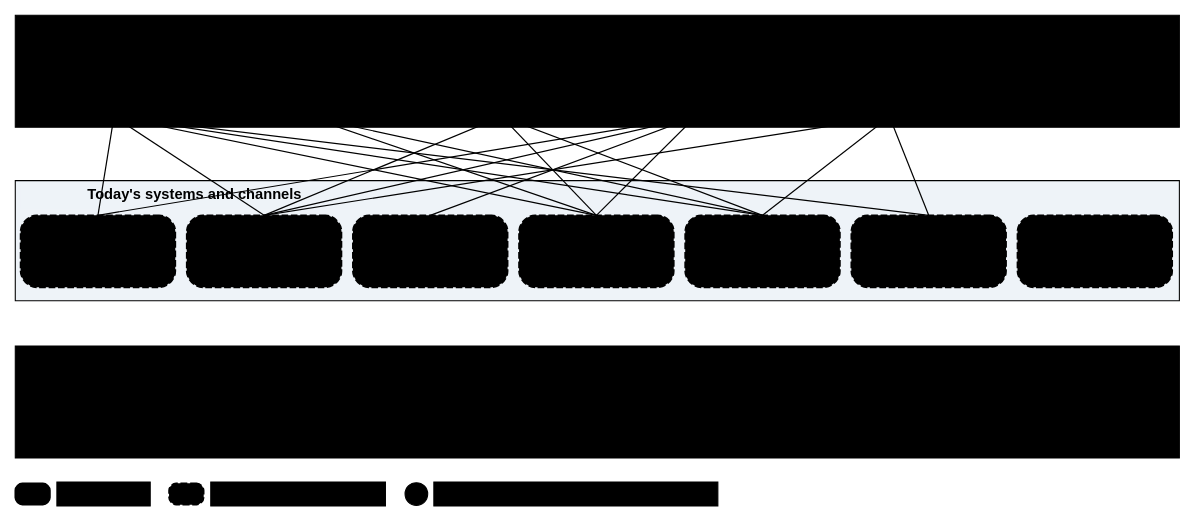
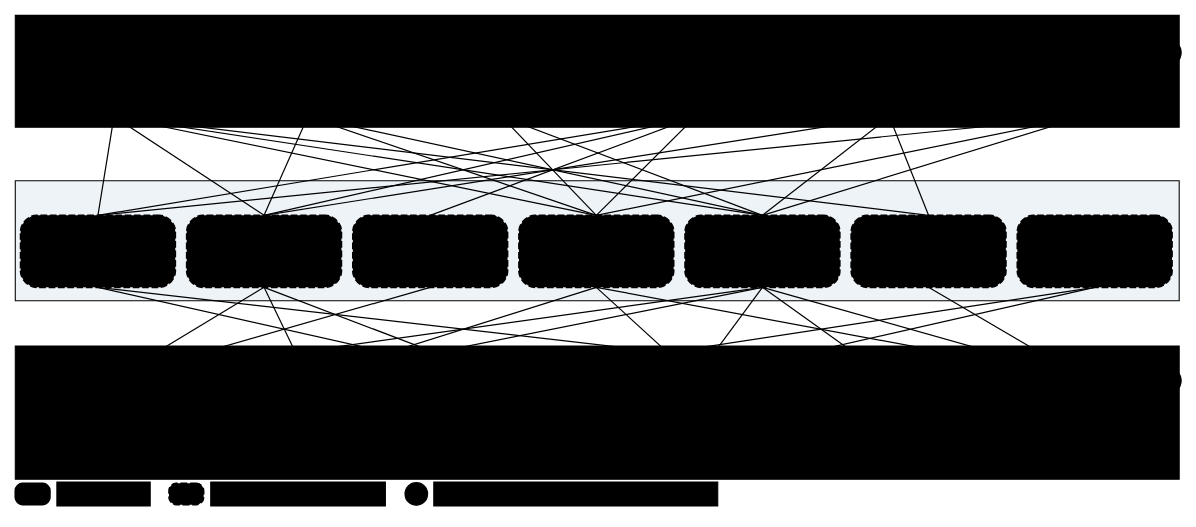
One commit to IortaTexhNXT-DEV/FinVerse changed the diagram in docs/deliverables/src/decks/figures/holistic_asis_map.dot. Above: the diagram before and after it, drawn with Graphviz. The commit also changed 42 other files, not shown here.

```diff
--- a/docs/deliverables/src/decks/figures/holistic_asis_map.dot
+++ b/docs/deliverables/src/decks/figures/holistic_asis_map.dot
@@ -10,19 +10,32 @@
   r1 [pos="436.5,330.0!", shape=box, style="filled", fillcolor="@WHITE", color="@BORDER", penwidth=0.8, width=12.125, height=1.167, fixedsize=true, margin="0.03,0.02", label=""];
   r2 [pos="104.0,360.0!", shape=box, style="filled", fillcolor="@WHITE", color="@WHITE", penwidth=0.8, width=2.778, height=0.250, fixedsize=true, margin="0.03,0.02", label=<<font point-size="11.5" color="@HEADER_BLUE"><b>Business areas 1-6</b></font>>];
   r3 [pos="436.5,203.0!", shape=box, style="filled", fillcolor="#EEF3F8", color="@BORDER", penwidth=0.8, width=12.125, height=1.250, fixedsize=true, margin="0.03,0.02", label=""];
-  r4 [pos="134.0,236.0!", shape=box, style="filled", fillcolor="#EEF3F8", color="#EEF3F8", penwidth=0.8, width=3.611, height=0.250, fixedsize=true, margin="0.03,0.02", label=<<font point-size="11.5" color="@HEADER_BLUE"><b>Today's systems and channels</b></font>>];
-  r5 [pos="436.5,82.0!", shape=box, style="filled", fillcolor="@WHITE", color="@BORDER", penwidth=0.8, width=12.125, height=1.167, fixedsize=true, margin="0.03,0.02", label=""];
-  r6 [pos="104.0,112.0!", shape=box, style="filled", fillcolor="@WHITE", color="@WHITE", penwidth=0.8, width=2.778, height=0.250, fixedsize=true, margin="0.03,0.02", label=<<font point-size="11.5" color="@HEADER_BLUE"><b>Business areas 7-12</b></font>>];
+  r4 [pos="436.5,74.0!", shape=box, style="filled", fillcolor="@WHITE", color="@BORDER", penwidth=0.8, width=12.125, height=1.389, fixedsize=true, margin="0.03,0.02", label=""];
+  r5 [pos="104.0,36.0!", shape=box, style="filled", fillcolor="@WHITE", color="@WHITE", penwidth=0.8, width=2.778, height=0.250, fixedsize=true, margin="0.03,0.02", label=<<font point-size="11.5" color="@HEADER_BLUE"><b>Business areas 7-12</b></font>>];
   nb [pos="74.0,321.0!", shape=box, style="rounded,filled", fillcolor="@WHITE", color="@HEADER_BLUE", penwidth=1.3, width=1.889, height=0.694, fixedsize=true, margin="0.03,0.02", label=<<font point-size="12" color="@NEAR_BLACK">1  New Business</font>>];
-  m7 [pos="138.0,344.0!", shape=circle, style=filled, fillcolor="@YELLOW", color="@NEAR_BLACK", penwidth=0.8, width=0.264, height=0.264, fixedsize=true, label=<<font point-size="11" color="@NEAR_BLACK"><b>9</b></font>>];
-  pm [pos="219.4,321.0!", shape=box, style="rounded,filled", fillcolor="@WHITE", color="@HEADER_BLUE", penwidth=1.3, width=1.889, height=0.694, fixedsize=true, margin="0.03,0.02", label=<<font point-size="12" color="@NEAR_BLACK">3  Product<br/>Maintenance</font>>];
-  m8 [pos="283.4,344.0!", shape=circle, style=filled, fillcolor="@YELLOW", color="@NEAR_BLACK", penwidth=0.8, width=0.264, height=0.264, fixedsize=true, label=<<font point-size="11" color="@NEAR_BLACK"><b>8</b></font>>];
-  ops [pos="364.8,321.0!", shape=box, style="rounded,filled", fillcolor="@WHITE", color="@HEADER_BLUE", penwidth=1.3, width=1.889, height=0.694, fixedsize=true, margin="0.03,0.02", label=<<font point-size="12" color="@NEAR_BLACK">2  Operations</font>>];
-  m9 [pos="428.8,344.0!", shape=circle, style=filled, fillcolor="@YELLOW", color="@NEAR_BLACK", penwidth=0.8, width=0.264, height=0.264, fixedsize=true, label=<<font point-size="11" color="@NEAR_BLACK"><b>6</b></font>>];
+  m6 [pos="138.0,344.0!", shape=circle, style=filled, fillcolor="@YELLOW", color="@NEAR_BLACK", penwidth=0.8, width=0.264, height=0.264, fixedsize=true, label=<<font point-size="11" color="@NEAR_BLACK"><b>9</b></font>>];
+  ops [pos="219.4,321.0!", shape=box, style="rounded,filled", fillcolor="@WHITE", color="@HEADER_BLUE", penwidth=1.3, width=1.889, height=0.694, fixedsize=true, margin="0.03,0.02", label=<<font point-size="12" color="@NEAR_BLACK">2  Operations</font>>];
+  m7 [pos="283.4,344.0!", shape=circle, style=filled, fillcolor="@YELLOW", color="@NEAR_BLACK", penwidth=0.8, width=0.264, height=0.264, fixedsize=true, label=<<font point-size="11" color="@NEAR_BLACK"><b>6</b></font>>];
+  pm [pos="364.8,321.0!", shape=box, style="rounded,filled", fillcolor="@WHITE", color="@HEADER_BLUE", penwidth=1.3, width=1.889, height=0.694, fixedsize=true, margin="0.03,0.02", label=<<font point-size="12" color="@NEAR_BLACK">3  Product<br/>Maintenance</font>>];
+  m8 [pos="428.8,344.0!", shape=circle, style=filled, fillcolor="@YELLOW", color="@NEAR_BLACK", penwidth=0.8, width=0.264, height=0.264, fixedsize=true, label=<<font point-size="11" color="@NEAR_BLACK"><b>8</b></font>>];
   clxn [pos="510.2,321.0!", shape=box, style="rounded,filled", fillcolor="@WHITE", color="@HEADER_BLUE", penwidth=1.3, width=1.889, height=0.694, fixedsize=true, margin="0.03,0.02", label=<<font point-size="12" color="@NEAR_BLACK">4  Collections</font>>];
-  m10 [pos="574.2,344.0!", shape=circle, style=filled, fillcolor="@YELLOW", color="@NEAR_BLACK", penwidth=0.8, width=0.264, height=0.264, fixedsize=true, label=<<font point-size="11" color="@NEAR_BLACK"><b>8</b></font>>];
+  m9 [pos="574.2,344.0!", shape=circle, style=filled, fillcolor="@YELLOW", color="@NEAR_BLACK", penwidth=0.8, width=0.264, height=0.264, fixedsize=true, label=<<font point-size="11" color="@NEAR_BLACK"><b>8</b></font>>];
   acct [pos="655.6,321.0!", shape=box, style="rounded,filled", fillcolor="@WHITE", color="@HEADER_BLUE", penwidth=1.3, width=1.889, height=0.694, fixedsize=true, margin="0.03,0.02", label=<<font point-size="12" color="@NEAR_BLACK">5  Accounting and<br/>Disbursement</font>>];
-  m11 [pos="719.6,344.0!", shape=circle, style=filled, fillcolor="@YELLOW", color="@NEAR_BLACK", penwidth=0.8, width=0.264, height=0.264, fixedsize=true, label=<<font point-size="11" color="@NEAR_BLACK"><b>9</b></font>>];
+  m10 [pos="719.6,344.0!", shape=circle, style=filled, fillcolor="@YELLOW", color="@NEAR_BLACK", penwidth=0.8, width=0.264, height=0.264, fixedsize=true, label=<<font point-size="11" color="@NEAR_BLACK"><b>9</b></font>>];
+  rn [pos="801.0,321.0!", shape=box, style="rounded,filled", fillcolor="@WHITE", color="@HEADER_BLUE", penwidth=1.3, width=1.889, height=0.694, fixedsize=true, margin="0.03,0.02", label=<<font point-size="12" color="@NEAR_BLACK">6  Renewal</font>>];
+  m11 [pos="865.0,344.0!", shape=circle, style=filled, fillcolor="@YELLOW", color="@NEAR_BLACK", penwidth=0.8, width=0.264, height=0.264, fixedsize=true, label=<<font point-size="11" color="@NEAR_BLACK"><b>8</b></font>>];
+  clm [pos="74.0,75.0!", shape=box, style="rounded,filled", fillcolor="@WHITE", color="@HEADER_BLUE", penwidth=1.3, width=1.889, height=0.694, fixedsize=true, margin="0.03,0.02", label=<<font point-size="12" color="@NEAR_BLACK">7  Claims</font>>];
+  m12 [pos="138.0,98.0!", shape=circle, style=filled, fillcolor="@YELLOW", color="@NEAR_BLACK", penwidth=0.8, width=0.264, height=0.264, fixedsize=true, label=<<font point-size="11" color="@NEAR_BLACK"><b>7</b></font>>];
+  eb [pos="219.4,75.0!", shape=box, style="rounded,filled", fillcolor="@WHITE", color="@HEADER_BLUE", penwidth=1.3, width=1.889, height=0.694, fixedsize=true, margin="0.03,0.02", label=<<font point-size="12" color="@NEAR_BLACK">8  Employee Benefits</font>>];
+  m13 [pos="283.4,98.0!", shape=circle, style=filled, fillcolor="@YELLOW", color="@NEAR_BLACK", penwidth=0.8, width=0.264, height=0.264, fixedsize=true, label=<<font point-size="11" color="@NEAR_BLACK"><b>7</b></font>>];
+  csf [pos="364.8,75.0!", shape=box, style="rounded,filled", fillcolor="@WHITE", color="@HEADER_BLUE", penwidth=1.3, width=1.889, height=0.694, fixedsize=true, margin="0.03,0.02", label=<<font point-size="12" color="@NEAR_BLACK">9  Customer Servicing<br/>Facility</font>>];
+  m14 [pos="428.8,98.0!", shape=circle, style=filled, fillcolor="@YELLOW", color="@NEAR_BLACK", penwidth=0.8, width=0.264, height=0.264, fixedsize=true, label=<<font point-size="11" color="@NEAR_BLACK"><b>6</b></font>>];
+  sanc [pos="510.2,75.0!", shape=box, style="rounded,filled", fillcolor="@WHITE", color="@HEADER_BLUE", penwidth=1.3, width=1.889, height=0.694, fixedsize=true, margin="0.03,0.02", label=<<font point-size="12" color="@NEAR_BLACK">10  Sanction<br/>Screening</font>>];
+  m15 [pos="574.2,98.0!", shape=circle, style=filled, fillcolor="@YELLOW", color="@NEAR_BLACK", penwidth=0.8, width=0.264, height=0.264, fixedsize=true, label=<<font point-size="11" color="@NEAR_BLACK"><b>9</b></font>>];
+  uam [pos="655.6,75.0!", shape=box, style="rounded,filled", fillcolor="@WHITE", color="@HEADER_BLUE", penwidth=1.3, width=1.889, height=0.694, fixedsize=true, margin="0.03,0.02", label=<<font point-size="12" color="@NEAR_BLACK">11  User Access<br/>Maintenance</font>>];
+  m16 [pos="719.6,98.0!", shape=circle, style=filled, fillcolor="@YELLOW", color="@NEAR_BLACK", penwidth=0.8, width=0.264, height=0.264, fixedsize=true, label=<<font point-size="11" color="@NEAR_BLACK"><b>5</b></font>>];
+  sp [pos="801.0,75.0!", shape=box, style="rounded,filled", fillcolor="@WHITE", color="@HEADER_BLUE", penwidth=1.3, width=1.889, height=0.694, fixedsize=true, margin="0.03,0.02", label=<<font point-size="12" color="@NEAR_BLACK">12  Submitted<br/>Policies</font>>];
+  m17 [pos="865.0,98.0!", shape=circle, style=filled, fillcolor="@YELLOW", color="@NEAR_BLACK", penwidth=0.8, width=0.264, height=0.264, fixedsize=true, label=<<font point-size="11" color="@NEAR_BLACK"><b>8</b></font>>];
   qps [pos="62.0,195.0!", shape=box, style="rounded,filled,dashed", fillcolor="@WHITE", color="@MUTED", penwidth=1.3, width=1.611, height=0.750, fixedsize=true, margin="0.03,0.02", label=<<font point-size="12" color="@NEAR_BLACK">QPS</font>>];
   ebix [pos="186.6,195.0!", shape=box, style="rounded,filled,dashed", fillcolor="@WHITE", color="@MUTED", penwidth=1.3, width=1.611, height=0.750, fixedsize=true, margin="0.03,0.02", label=<<font point-size="12" color="@NEAR_BLACK">EBIX</font>>];
   isys [pos="311.2,195.0!", shape=box, style="rounded,filled,dashed", fillcolor="@WHITE", color="@MUTED", penwidth=1.3, width=1.611, height=0.750, fixedsize=true, margin="0.03,0.02", label=<<font point-size="12" color="@NEAR_BLACK">ISYS</font>>];
@@ -30,12 +43,12 @@
   mail [pos="560.4,195.0!", shape=box, style="rounded,filled,dashed", fillcolor="@WHITE", color="@MUTED", penwidth=1.3, width=1.611, height=0.750, fixedsize=true, margin="0.03,0.02", label=<<font point-size="12" color="@NEAR_BLACK">E-mail and paper</font>>];
   bank [pos="685.0,195.0!", shape=box, style="rounded,filled,dashed", fillcolor="@WHITE", color="@MUTED", penwidth=1.3, width=1.611, height=0.750, fixedsize=true, margin="0.03,0.02", label=<<font point-size="12" color="@NEAR_BLACK">Bank systems:<br/>HLS, LAMD, CLPC,<br/>BOB</font>>];
   other [pos="809.6,195.0!", shape=box, style="rounded,filled,dashed", fillcolor="@WHITE", color="@MUTED", penwidth=1.3, width=1.611, height=0.750, fixedsize=true, margin="0.03,0.02", label=<<font point-size="12" color="@NEAR_BLACK">Front-End, NLDS,<br/>AMLC portal</font>>];
-  r12 [pos="13.0,13.0!", shape=box, style="rounded,filled", fillcolor="@WHITE", color="@HEADER_BLUE", penwidth=1.2, width=0.361, height=0.222, fixedsize=true, margin="0.03,0.02", label=""];
-  r13 [pos="66.2,13.0!", shape=box, style="filled", fillcolor="@WHITE", color="@WHITE", penwidth=0.8, width=0.976, height=0.250, fixedsize=true, margin="0.03,0.02", label=<<font point-size="10.5" color="@TEXT">Business area</font>>];
-  r14 [pos="128.3,13.0!", shape=box, style="rounded,filled,dashed", fillcolor="@WHITE", color="@MUTED", penwidth=1.2, width=0.361, height=0.222, fixedsize=true, margin="0.03,0.02", label=""];
-  r15 [pos="212.1,13.0!", shape=box, style="filled", fillcolor="@WHITE", color="@WHITE", penwidth=0.8, width=1.826, height=0.250, fixedsize=true, margin="0.03,0.02", label=<<font point-size="10.5" color="@TEXT">Today's system or channel</font>>];
-  m16 [pos="300.8,13.0!", shape=circle, style=filled, fillcolor="@YELLOW", color="@NEAR_BLACK", penwidth=0.8, width=0.236, height=0.236, fixedsize=true, label=<<font point-size="11" color="@NEAR_BLACK"><b>1</b></font>>];
-  r17 [pos="420.4,13.0!", shape=box, style="filled", fillcolor="@WHITE", color="@WHITE", penwidth=0.8, width=2.960, height=0.250, fixedsize=true, margin="0.03,0.02", label=<<font point-size="10.5" color="@TEXT">Number of pain points in the area chapter</font>>];
+  r18 [pos="13.0,13.0!", shape=box, style="rounded,filled", fillcolor="@WHITE", color="@HEADER_BLUE", penwidth=1.2, width=0.361, height=0.222, fixedsize=true, margin="0.03,0.02", label=""];
+  r19 [pos="66.2,13.0!", shape=box, style="filled", fillcolor="@WHITE", color="@WHITE", penwidth=0.8, width=0.976, height=0.250, fixedsize=true, margin="0.03,0.02", label=<<font point-size="10.5" color="@TEXT">Business area</font>>];
+  r20 [pos="128.3,13.0!", shape=box, style="rounded,filled,dashed", fillcolor="@WHITE", color="@MUTED", penwidth=1.2, width=0.361, height=0.222, fixedsize=true, margin="0.03,0.02", label=""];
+  r21 [pos="212.1,13.0!", shape=box, style="filled", fillcolor="@WHITE", color="@WHITE", penwidth=0.8, width=1.826, height=0.250, fixedsize=true, margin="0.03,0.02", label=<<font point-size="10.5" color="@TEXT">Today's system or channel</font>>];
+  m22 [pos="300.8,13.0!", shape=circle, style=filled, fillcolor="@YELLOW", color="@NEAR_BLACK", penwidth=0.8, width=0.236, height=0.236, fixedsize=true, label=<<font point-size="11" color="@NEAR_BLACK"><b>1</b></font>>];
+  r23 [pos="420.4,13.0!", shape=box, style="filled", fillcolor="@WHITE", color="@WHITE", penwidth=0.8, width=2.960, height=0.250, fixedsize=true, margin="0.03,0.02", label=<<font point-size="10.5" color="@TEXT">Number of pain points in the area chapter</font>>];
   nb -> qps [color="@MUTED", style=solid, penwidth=0.9, arrowsize=0.7, arrowhead=none, tailport=s, headport=n];
   nb -> ebix [color="@MUTED", style=solid, penwidth=0.9, arrowsize=0.7, arrowhead=none, tailport=s, headport=n];
   nb -> xls [color="@MUTED", style=solid, penwidth=0.9, arrowsize=0.7, arrowhead=none, tailport=s, headport=n];
@@ -53,4 +66,24 @@
   acct -> ebix [color="@MUTED", style=solid, penwidth=0.9, arrowsize=0.7, arrowhead=none, tailport=s, headport=n];
   acct -> bank [color="@MUTED", style=solid, penwidth=0.9, arrowsize=0.7, arrowhead=none, tailport=s, headport=n];
   acct -> mail [color="@MUTED", style=solid, penwidth=0.9, arrowsize=0.7, arrowhead=none, tailport=s, headport=n];
+  rn -> qps [color="@MUTED", style=solid, penwidth=0.9, arrowsize=0.7, arrowhead=none, tailport=s, headport=n];
+  rn -> xls [color="@MUTED", style=solid, penwidth=0.9, arrowsize=0.7, arrowhead=none, tailport=s, headport=n];
+  rn -> mail [color="@MUTED", style=solid, penwidth=0.9, arrowsize=0.7, arrowhead=none, tailport=s, headport=n];
+  clm -> ebix [color="@MUTED", style=solid, penwidth=0.9, arrowsize=0.7, arrowhead=none, tailport=n, headport=s];
+  clm -> isys [color="@MUTED", style=solid, penwidth=0.9, arrowsize=0.7, arrowhead=none, tailport=n, headport=s];
+  clm -> mail [color="@MUTED", style=solid, penwidth=0.9, arrowsize=0.7, arrowhead=none, tailport=n, headport=s];
+  eb -> ebix [color="@MUTED", style=solid, penwidth=0.9, arrowsize=0.7, arrowhead=none, tailport=n, headport=s];
+  eb -> xls [color="@MUTED", style=solid, penwidth=0.9, arrowsize=0.7, arrowhead=none, tailport=n, headport=s];
+  eb -> mail [color="@MUTED", style=solid, penwidth=0.9, arrowsize=0.7, arrowhead=none, tailport=n, headport=s];
+  csf -> qps [color="@MUTED", style=solid, penwidth=0.9, arrowsize=0.7, arrowhead=none, tailport=n, headport=s];
+  csf -> ebix [color="@MUTED", style=solid, penwidth=0.9, arrowsize=0.7, arrowhead=none, tailport=n, headport=s];
+  csf -> other [color="@MUTED", style=solid, penwidth=0.9, arrowsize=0.7, arrowhead=none, tailport=n, headport=s];
+  sanc -> xls [color="@MUTED", style=solid, penwidth=0.9, arrowsize=0.7, arrowhead=none, tailport=n, headport=s];
+  sanc -> mail [color="@MUTED", style=solid, penwidth=0.9, arrowsize=0.7, arrowhead=none, tailport=n, headport=s];
+  sanc -> other [color="@MUTED", style=solid, penwidth=0.9, arrowsize=0.7, arrowhead=none, tailport=n, headport=s];
+  uam -> qps [color="@MUTED", style=solid, penwidth=0.9, arrowsize=0.7, arrowhead=none, tailport=n, headport=s];
+  uam -> mail [color="@MUTED", style=solid, penwidth=0.9, arrowsize=0.7, arrowhead=none, tailport=n, headport=s];
+  sp -> xls [color="@MUTED", style=solid, penwidth=0.9, arrowsize=0.7, arrowhead=none, tailport=n, headport=s];
+  sp -> mail [color="@MUTED", style=solid, penwidth=0.9, arrowsize=0.7, arrowhead=none, tailport=n, headport=s];
+  sp -> bank [color="@MUTED", style=solid, penwidth=0.9, arrowsize=0.7, arrowhead=none, tailport=n, headport=s];
 }
```
